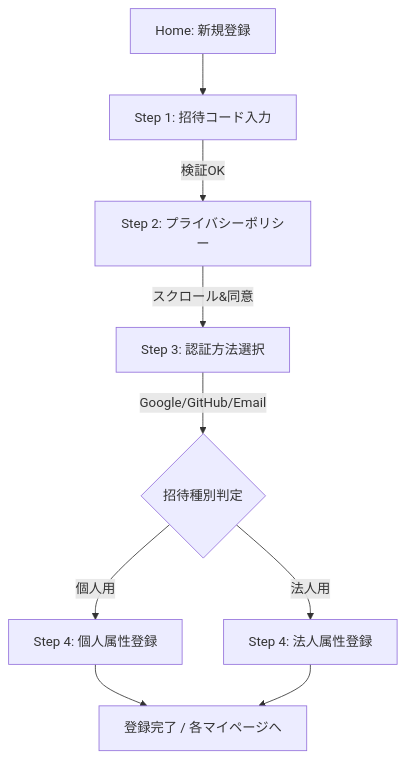
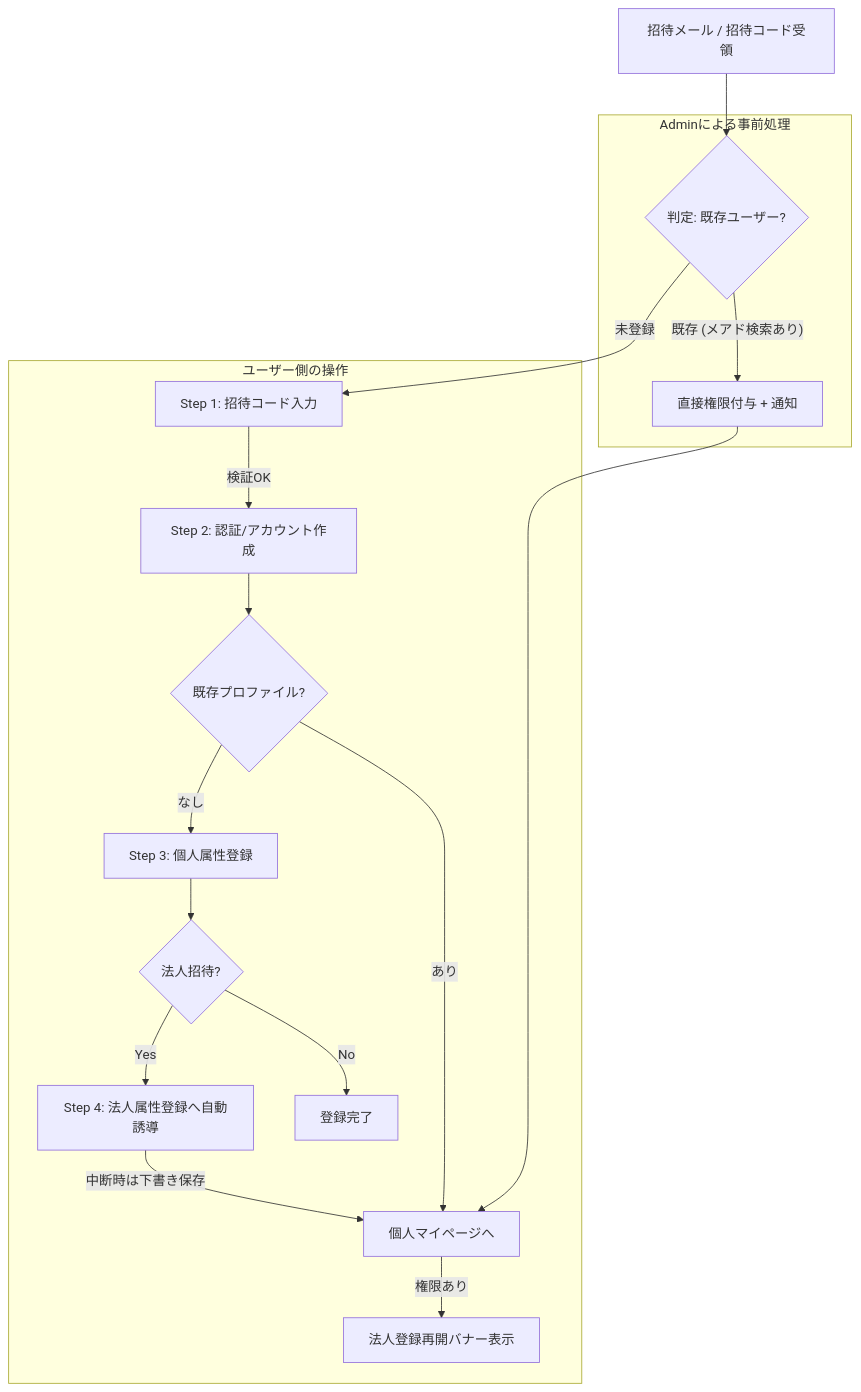
The diagram in docs/registration_flow_design.md (yama-0t0k0/forAgent), drawn with Mermaid before and after one commit. The commit also changed other lines of this file and 1 other file, not shown here.

Commit message:
docs: update registration flow design and auth/authorization

````diff
--- a/docs/registration_flow_design.md
+++ b/docs/registration_flow_design.md
@@ -13,11 +13,22 @@
 ```mermaid
 graph TD
-    A[Home: 新規登録] --> B[Step 1: 招待コード入力]
-    B -- 検証OK --> C[Step 2: プライバシーポリシー]
-    C -- スクロール&同意 --> D[Step 3: 認証方法選択]
-    D -- Google/GitHub/Email --> E{招待種別判定}
-    E -- 個人用 --> F[Step 4: 個人属性登録]
-    E -- 法人用 --> G[Step 4: 法人属性登録]
-    F --> H[登録完了 / 各マイページへ]
-    G --> H
+    A[招待メール / 招待コード受領] --> B{判定: 既存ユーザー?}
+    
+    subgraph Admin_Logic [Adminによる事前処理]
+        B -- 既存 (メアド検索あり) --> C1[直接権限付与 + 通知]
+    end
+
+    subgraph User_Flow [ユーザー側の操作]
+        B -- 未登録 --> C2[Step 1: 招待コード入力]
+        C2 -- 検証OK --> D[Step 2: 認証/アカウント作成]
+        C1 --> E[個人マイページへ]
+        D --> F{既存プロファイル?}
+        F -- あり --> E
+        F -- なし --> G[Step 3: 個人属性登録]
+        G --> H{法人招待?}
+        H -- Yes --> I[Step 4: 法人属性登録へ自動誘導]
+        H -- No --> J[登録完了]
+        I -- 中断時は下書き保存 --> E
+        E -- 権限あり --> K[法人登録再開バナー表示]
+    end
 ```
````
